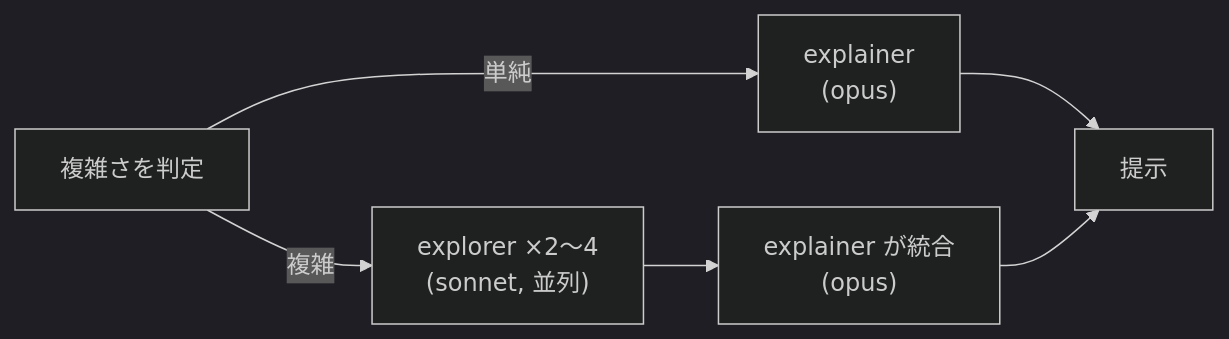
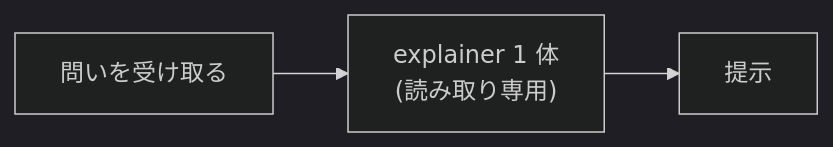
The third of 12 diagrams in pstack-cc/docs/skill-map.ja.md (souljazzfunk/lab), drawn with Mermaid (dark theme) before and after one commit. The commit also changed other lines of this file and 116 other files, not shown here.

````diff
--- a/pstack-cc/docs/skill-map.ja.md
+++ b/pstack-cc/docs/skill-map.ja.md
@@ -106,8 +101,5 @@
 ```mermaid
 flowchart LR
-  A[複雑さを判定] -->|単純| E1["explainer<br/>(opus)"]
-  A -->|複雑| X1["explorer ×2〜4<br/>(sonnet, 並列)"]
-  X1 --> E2["explainer が統合<br/>(opus)"]
-  E1 --> P[提示]
-  E2 --> P
+  A[問いを受け取る] --> E["explainer 1 体<br/>(読み取り専用)"]
+  E --> P[提示]
 ```
````
